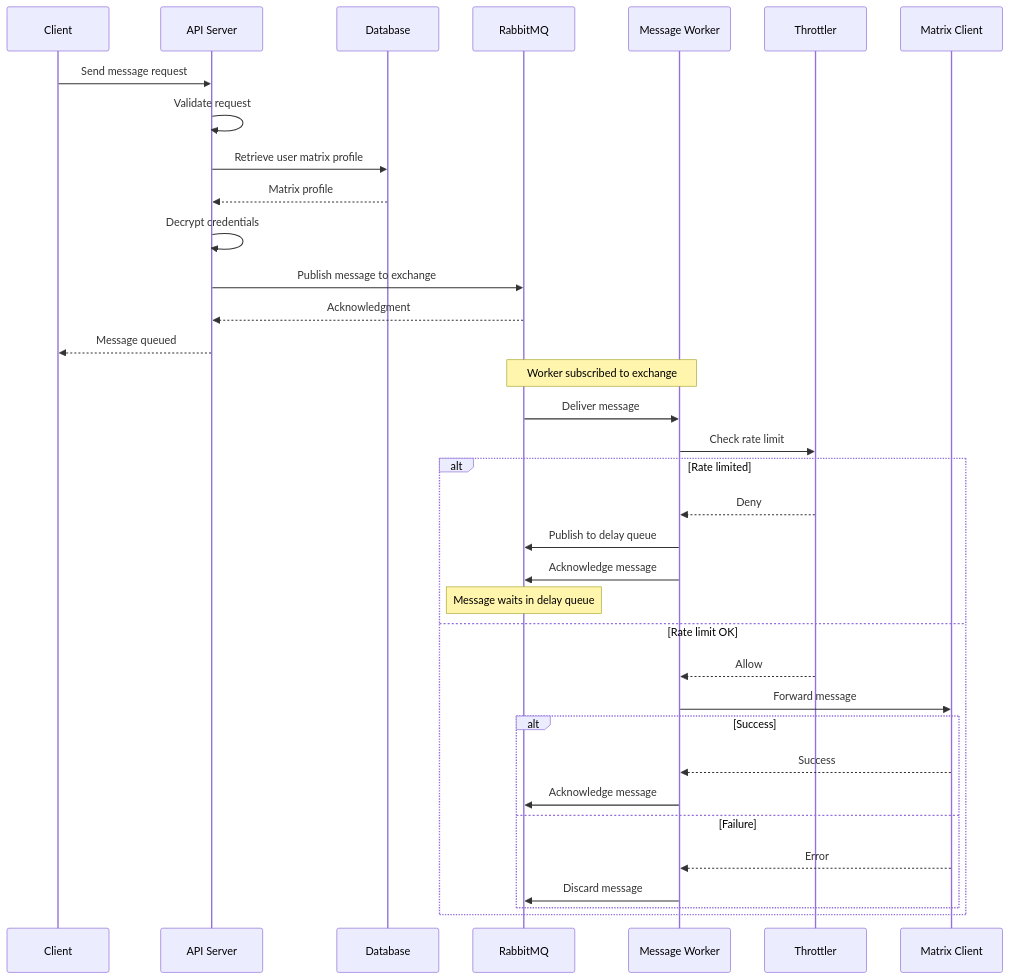
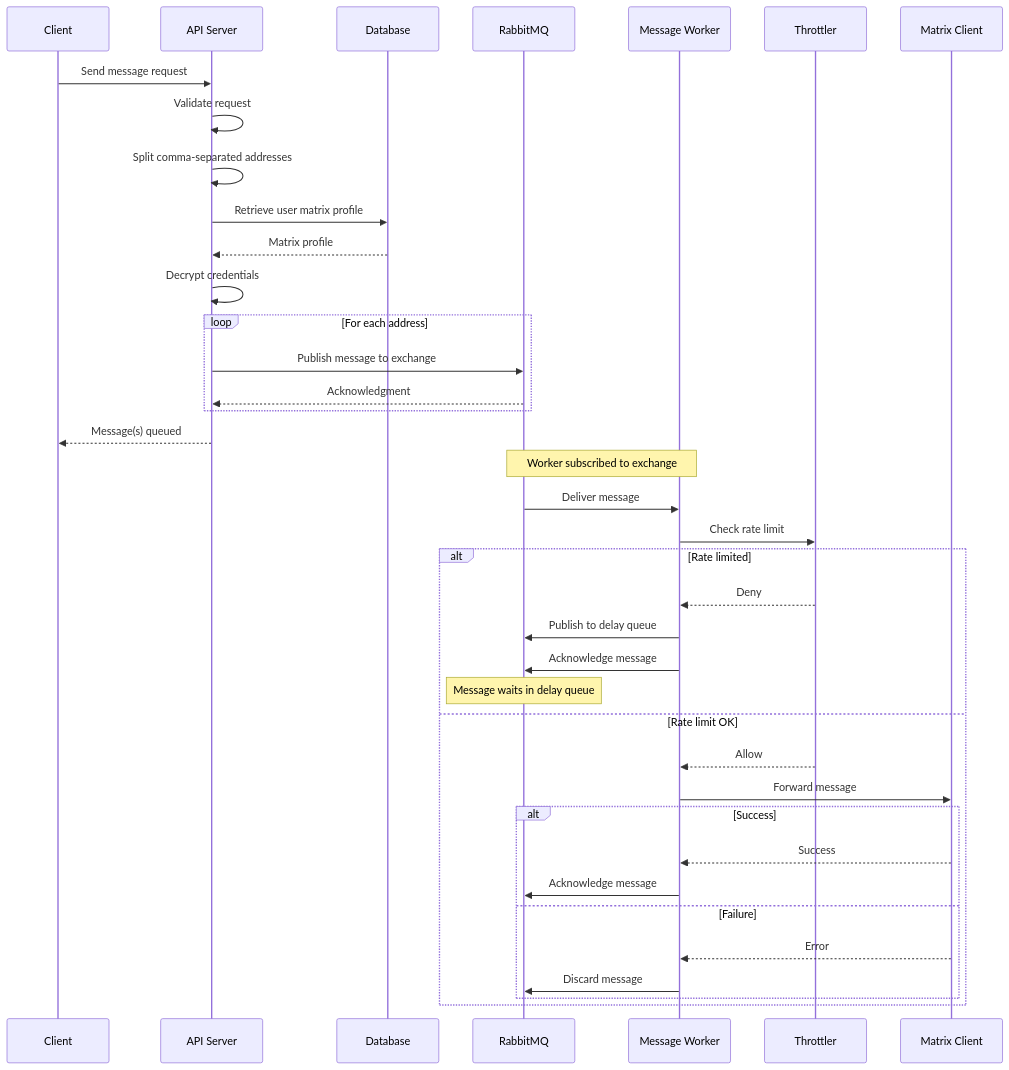
Before and after one commit to shortmesh/Interface-API: the diagram in docs/architecture/send-message-flow.md, drawn with Mermaid. The commit also changed 2 other files, not shown here.

Commit message:
feat(api): support sending messages to multiple recipients

````diff
--- a/docs/architecture/send-message-flow.md
+++ b/docs/architecture/send-message-flow.md
@@ -5,42 +5,45 @@
 ```mermaid
 sequenceDiagram
     participant Client
     participant API as API Server
     participant DB as Database
     participant RMQ as RabbitMQ
     participant Worker as Message Worker
     participant Throttler
     participant MC as Matrix Client
 
     Client->>API: Send message request
     API->>API: Validate request
+    API->>API: Split comma-separated addresses
     API->>DB: Retrieve user matrix profile
     DB-->>API: Matrix profile
     API->>API: Decrypt credentials
-    API->>RMQ: Publish message to exchange
-    RMQ-->>API: Acknowledgment
-    API-->>Client: Message queued
+    loop For each address
+        API->>RMQ: Publish message to exchange
+        RMQ-->>API: Acknowledgment
+    end
+    API-->>Client: Message(s) queued
     
     Note over Worker,RMQ: Worker subscribed to exchange
     
     RMQ->>Worker: Deliver message
     Worker->>Throttler: Check rate limit
     
     alt Rate limited
         Throttler-->>Worker: Deny
         Worker->>RMQ: Publish to delay queue
         Worker->>RMQ: Acknowledge message
         Note over RMQ: Message waits in delay queue
     else Rate limit OK
         Throttler-->>Worker: Allow
         Worker->>MC: Forward message
         
         alt Success
             MC-->>Worker: Success
             Worker->>RMQ: Acknowledge message
         else Failure
             MC-->>Worker: Error
             Worker->>RMQ: Discard message
         end
     end
 ```
````
